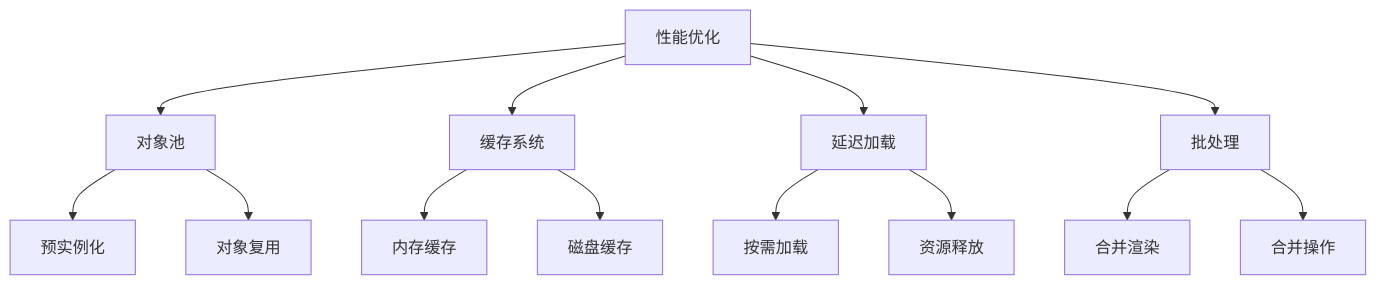
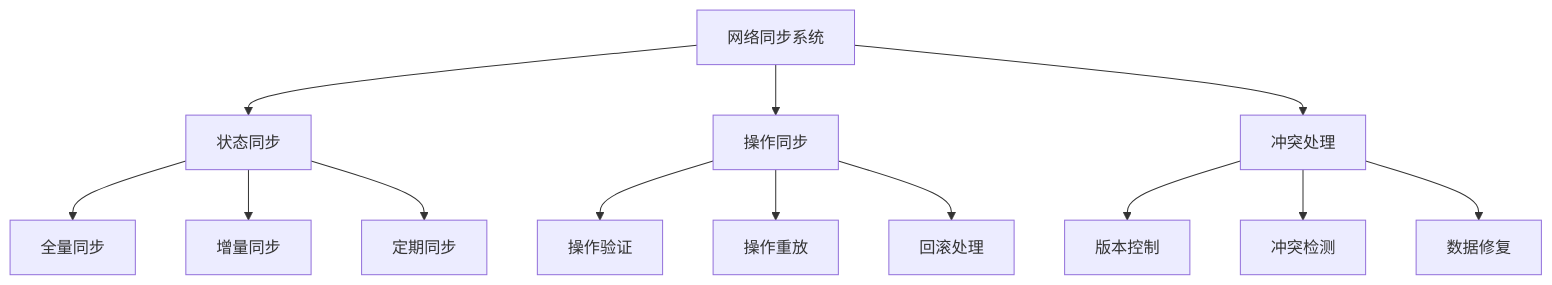
Before and after one commit to Whatfff/SimpleUnityInventorySystem: the eighth of 8 diagrams in Scripts/Assets/Documentation/InventorySystem.md, drawn with Mermaid. The commit also changed other lines of this file and 1 other file, not shown here.

````diff
--- a/Scripts/Assets/Documentation/InventorySystem.md
+++ b/Scripts/Assets/Documentation/InventorySystem.md
@@ -1132,19 +1475,18 @@
 ```mermaid
-flowchart TD
-    A[性能优化] --> B[对象池]
-    A --> C[缓存系统]
-    A --> D[延迟加载]
-    A --> E[批处理]
+graph TD
+    A[网络同步系统] --> B[状态同步]
+    A --> C[操作同步]
+    A --> D[冲突处理]
     
-    B --> B1[预实例化]
-    B --> B2[对象复用]
+    B --> B1[全量同步]
+    B --> B2[增量同步]
+    B --> B3[定期同步]
     
-    C --> C1[内存缓存]
-    C --> C2[磁盘缓存]
+    C --> C1[操作验证]
+    C --> C2[操作重放]
+    C --> C3[回滚处理]
     
-    D --> D1[按需加载]
-    D --> D2[资源释放]
-    
-    E --> E1[合并渲染]
-    E --> E2[合并操作]
+    D --> D1[版本控制]
+    D --> D2[冲突检测]
+    D --> D3[数据修复]
 ```
````
